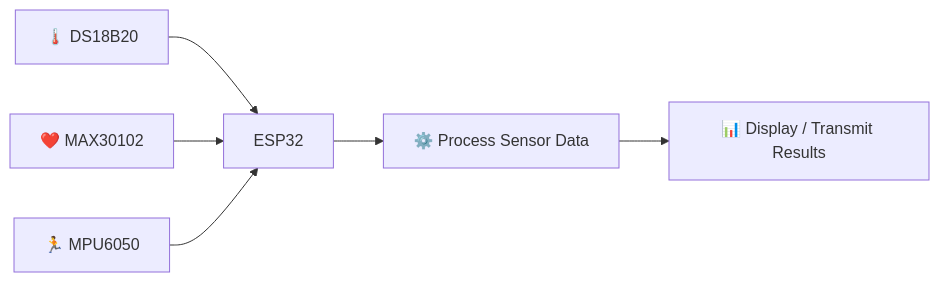
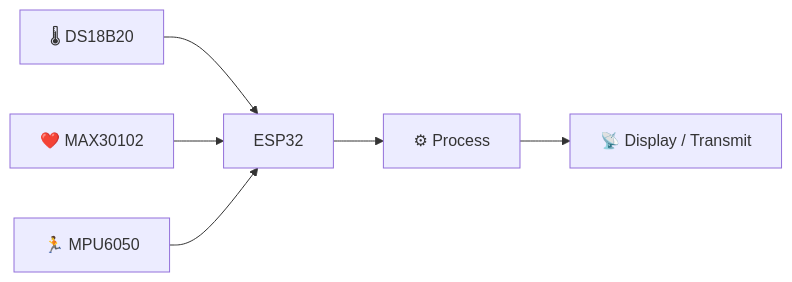
Before and after one commit to harshithrosun2705-star/harshithrosun2705-star: the fifth of 7 diagrams in README.md, drawn with Mermaid. The commit also changed other lines of this file, not shown here.

````diff
--- a/README.md
+++ b/README.md
@@ -670,11 +775,19 @@
 ```mermaid
 flowchart LR
 
-    TEMP["🌡️ DS18B20"] --> ESP["ESP32"]
-    HEART["❤️ MAX30102"] --> ESP
-    MOTION["🏃 MPU6050"] --> ESP
+    TEMP["🌡 DS18B20"]
+    HEART["❤️ MAX30102"]
+    MOTION["🏃 MPU6050"]
 
-    ESP --> PROCESS["⚙️ Process Sensor Data"]
+    ESP["ESP32"]
 
-    PROCESS --> OUTPUT["📊 Display / Transmit Results"]
+    PROCESS["⚙ Process"]
+    OUTPUT["📡 Display / Transmit"]
+
+    TEMP --> ESP
+    HEART --> ESP
+    MOTION --> ESP
+
+    ESP --> PROCESS
+    PROCESS --> OUTPUT
 ```
````
